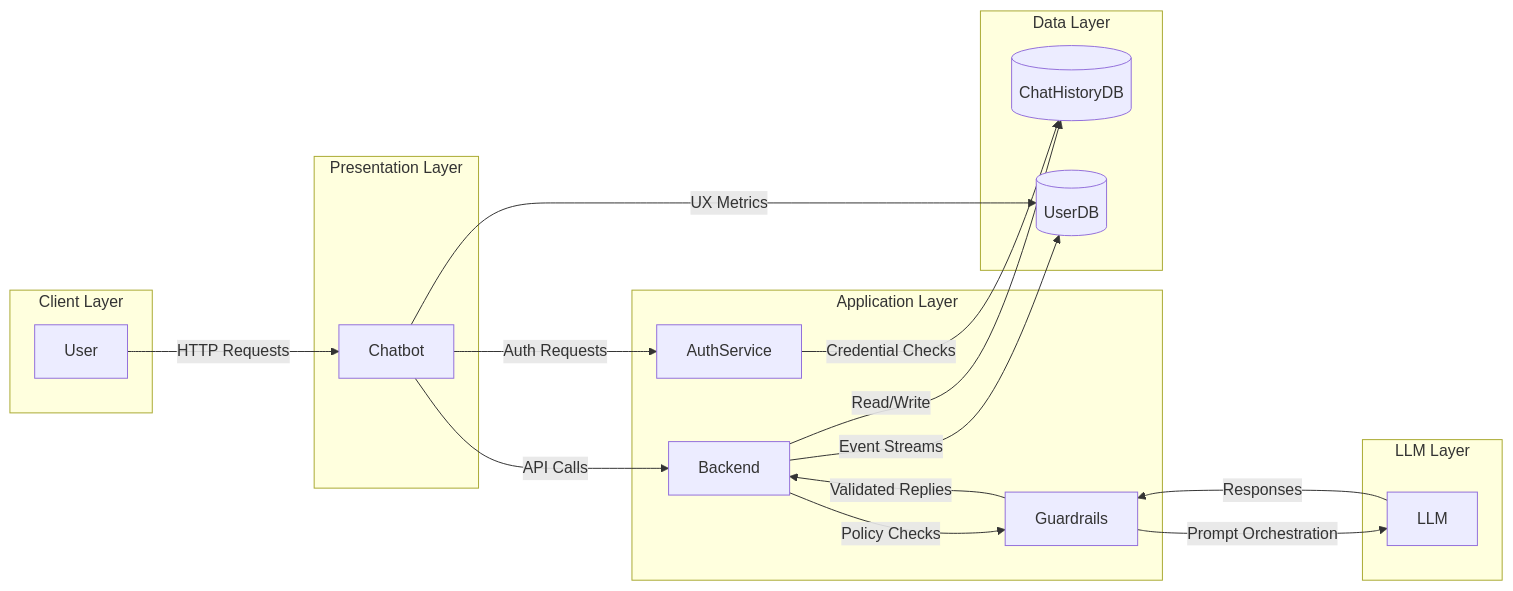
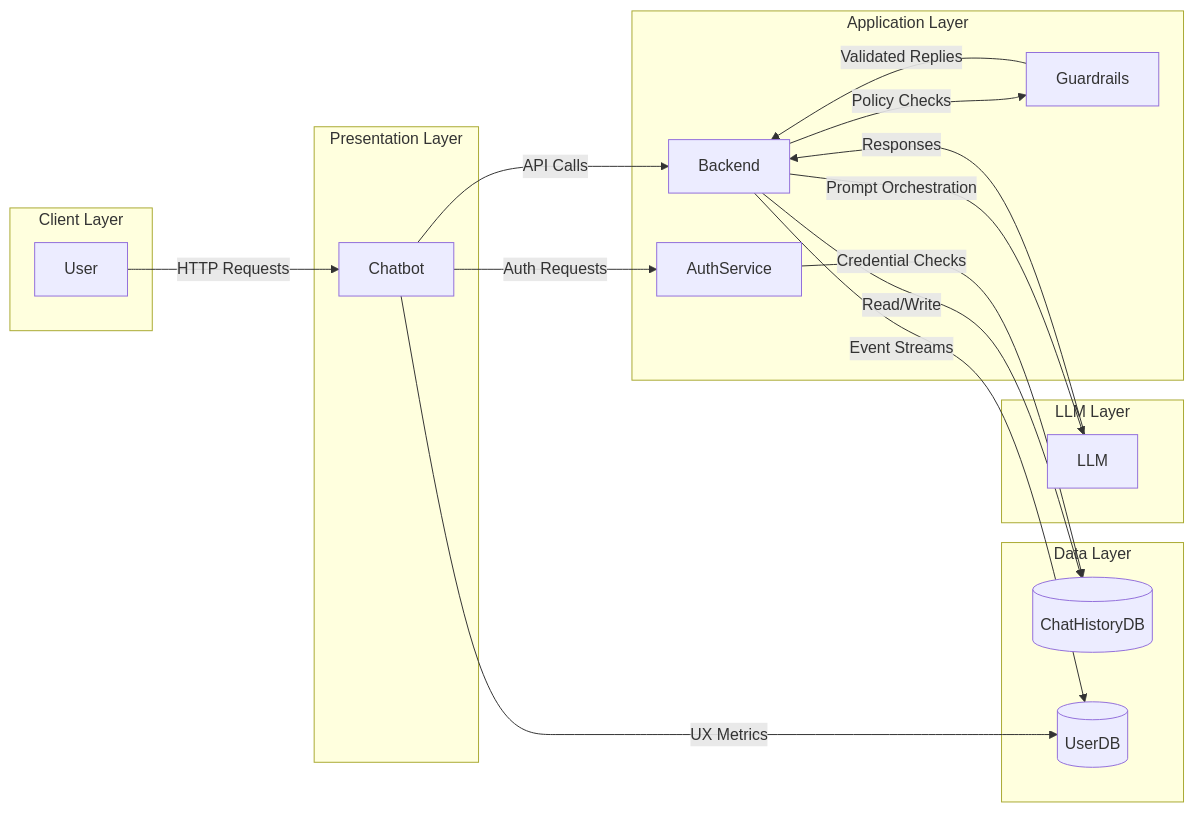
One commit to sidgyl-anz/guardrailsfe changed the third of 3 diagrams in diagrams.md. Above: the diagram before and after it, drawn with Mermaid.

````diff
--- a/diagrams.md
+++ b/diagrams.md
@@ -47,37 +47,37 @@
 ```mermaid
 flowchart LR
     subgraph Client Layer
         U[User]
     end
 
     subgraph Presentation Layer
         W[Chatbot]
     end
 
     subgraph Application Layer
         B[Backend]
         G[Guardrails]
         A[AuthService]
     end
 
     subgraph LLM Layer
         M[LLM]
     end
 
     subgraph Data Layer
         D[(ChatHistoryDB)]
         L[(UserDB)]
     end
 
     U -- HTTP Requests --> W
     W -- API Calls --> B
     W -- Auth Requests --> A
     B -- Policy Checks --> G
-    G -- Prompt Orchestration --> M
-    M -- Responses --> G
+    B -- Prompt Orchestration --> M
+    M -- Responses --> B
     G -- Validated Replies --> B
     B -- Read/Write --> D
     A -- Credential Checks --> D
     B -- Event Streams --> L
     W -- UX Metrics --> L
 ```
````
